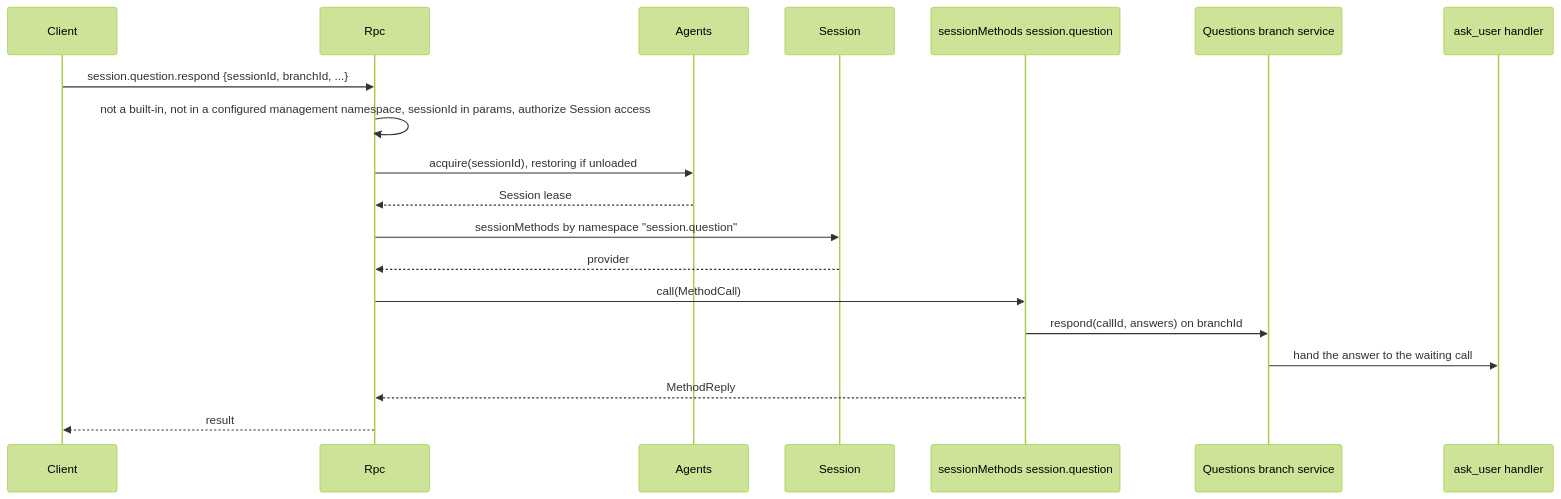
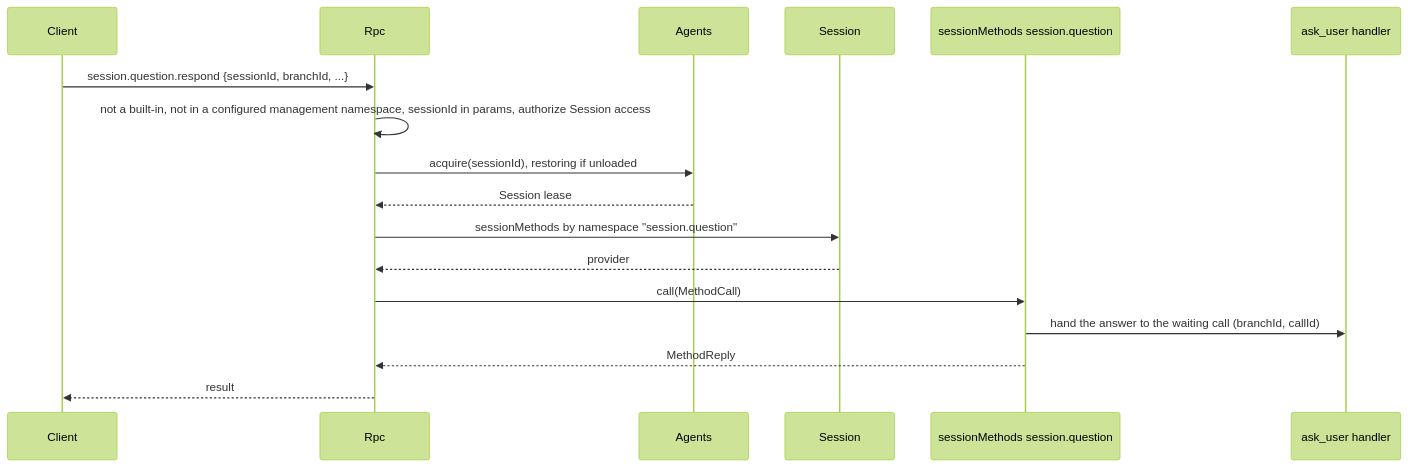
Before and after one commit to CoutinhoTTS/dim-agent: the second of 3 diagrams in docs/design/contracts/session-boundary.md, drawn with Mermaid (forest theme). The commit also changed other lines of this file and 11 other files, not shown here.

````diff
--- a/docs/design/contracts/session-boundary.md
+++ b/docs/design/contracts/session-boundary.md
@@ -67,21 +67,19 @@
 ```mermaid
 sequenceDiagram
   participant CL as Client
   participant Rpc as Rpc
   participant AI as Agents
   participant S as Session
   participant Q as sessionMethods session.question
-  participant QB as Questions branch service
   participant H as ask_user handler
   CL->>Rpc: session.question.respond {sessionId, branchId, ...}
   Rpc->>Rpc: not a built-in, not in a configured management namespace, sessionId in params, authorize Session access
   Rpc->>AI: acquire(sessionId), restoring if unloaded
   AI-->>Rpc: Session lease
   Rpc->>S: sessionMethods by namespace "session.question"
   S-->>Rpc: provider
   Rpc->>Q: call(MethodCall)
-  Q->>QB: respond(callId, answers) on branchId
-  QB->>H: hand the answer to the waiting call
+  Q->>H: hand the answer to the waiting call (branchId, callId)
   Q-->>Rpc: MethodReply
   Rpc-->>CL: result
 ```
````
